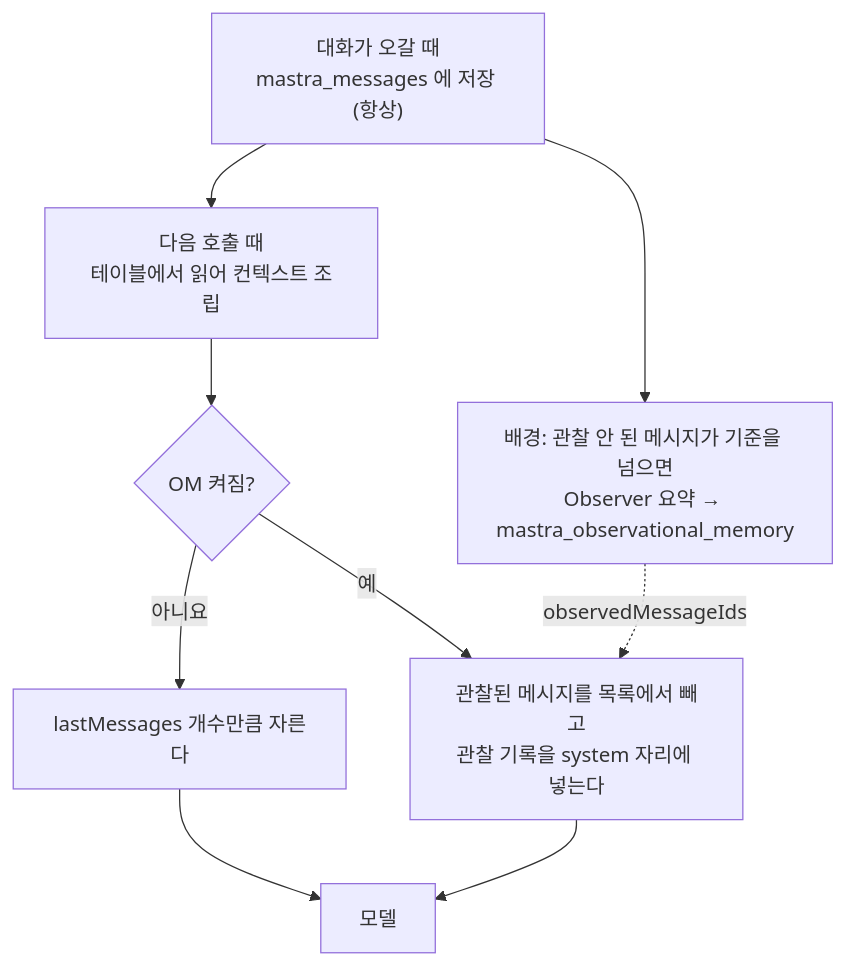
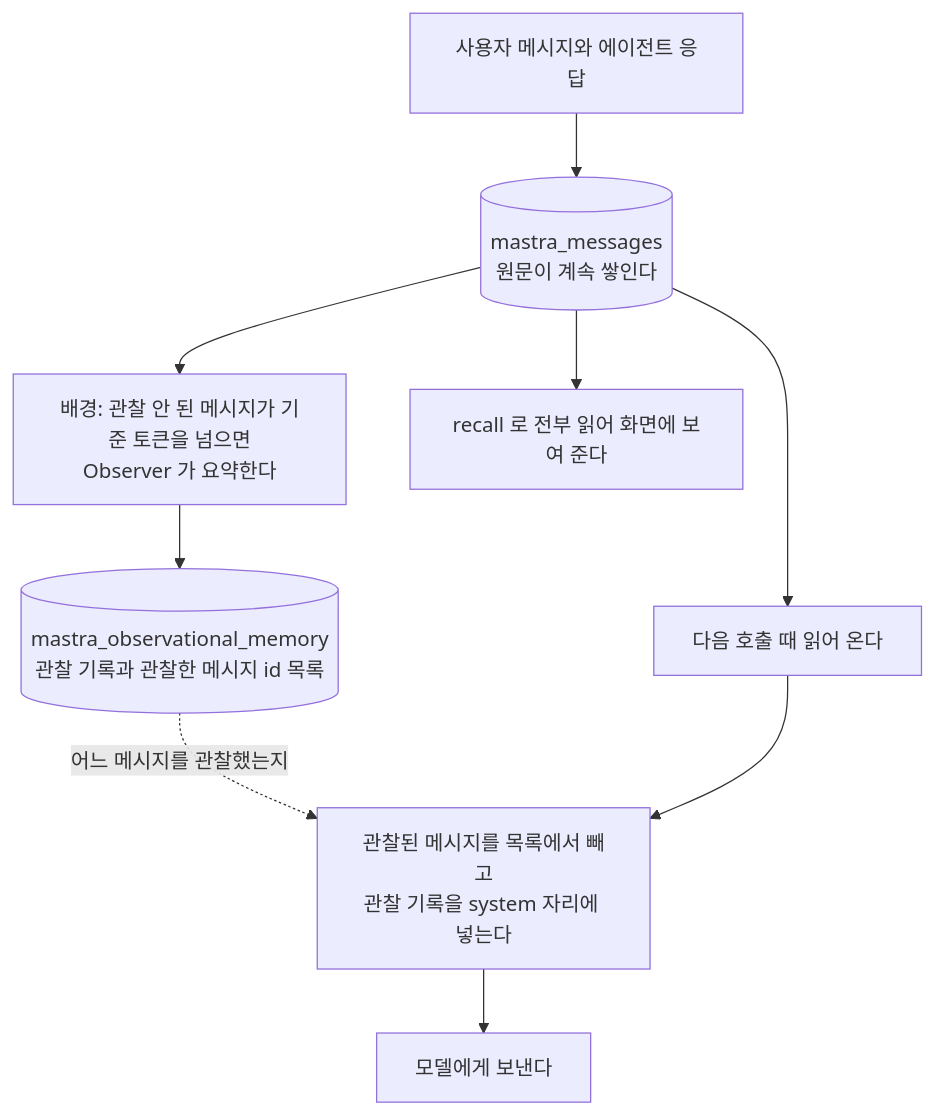
Before and after one commit to hoyunjung-dwhale/mastra-playground: the third of 3 diagrams in docs/memory.md, drawn with Mermaid. The commit also changed other lines of this file, not shown here.

Commit message:
Memory 3-3 다이어그램 분리: OM 꺼진 경우와 켜진 경우
분기 하나로 그렸던 그림을 두 개로 나눈다. 저장 경로와 화면 조회 경로는 양쪽이
같고 가운데 컨텍스트 조립 단계만 달라진다는 것이 나란히 놓아야 보인다.

````diff
--- a/docs/memory.md
+++ b/docs/memory.md
@@ -574,11 +587,11 @@
 ```mermaid
 flowchart TB
-    A["대화가 오갈 때<br/>mastra_messages 에 저장 (항상)"] --> B["다음 호출 때<br/>테이블에서 읽어 컨텍스트 조립"]
-    B --> C{"OM 켜짐?"}
-    C -- 아니요 --> D["lastMessages 개수만큼 자른다"]
-    C -- 예 --> E["관찰된 메시지를 목록에서 빼고<br/>관찰 기록을 system 자리에 넣는다"]
-    D --> F["모델"]
-    E --> F
-    A --> G["배경: 관찰 안 된 메시지가 기준을 넘으면<br/>Observer 요약 → mastra_observational_memory"]
-    G -.observedMessageIds.-> E
+    A["사용자 메시지와 에이전트 응답"] --> B[("mastra_messages<br/>원문이 계속 쌓인다")]
+    B --> G["배경: 관찰 안 된 메시지가 기준 토큰을 넘으면<br/>Observer 가 요약한다"]
+    G --> H[("mastra_observational_memory<br/>관찰 기록과 관찰한 메시지 id 목록")]
+    B --> C["다음 호출 때 읽어 온다"]
+    H -. "어느 메시지를 관찰했는지" .-> D
+    C --> D["관찰된 메시지를 목록에서 빼고<br/>관찰 기록을 system 자리에 넣는다"]
+    D --> E["모델에게 보낸다"]
+    B --> F["recall 로 전부 읽어 화면에 보여 준다"]
 ```
````
